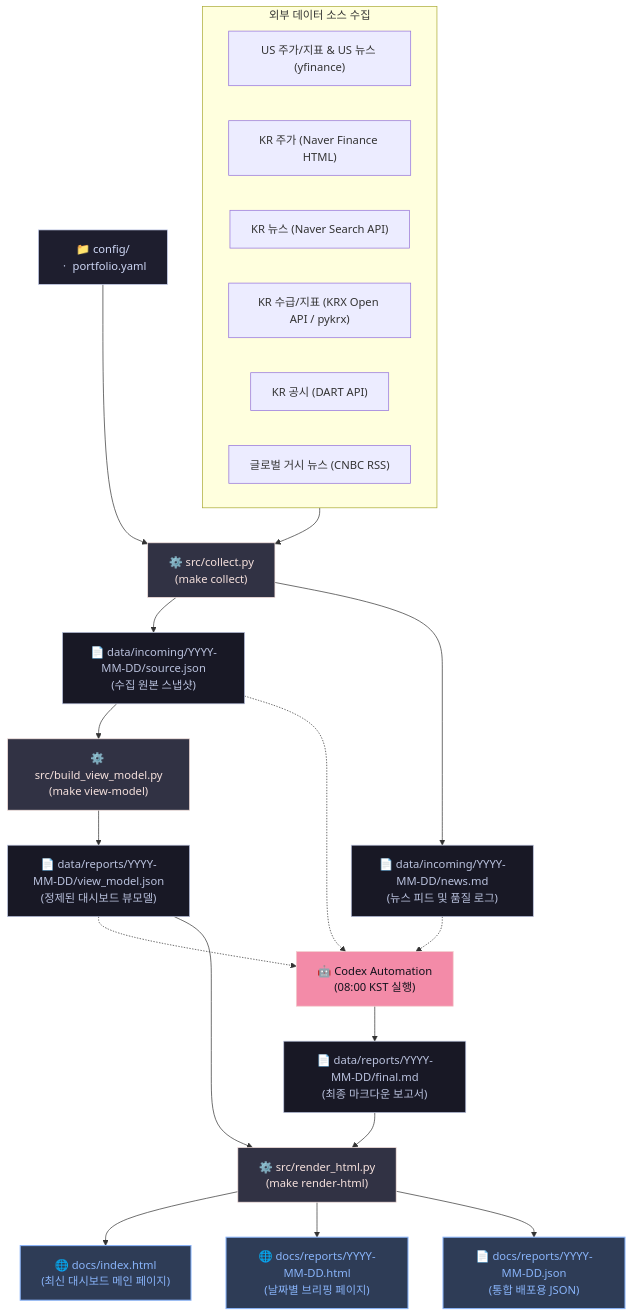
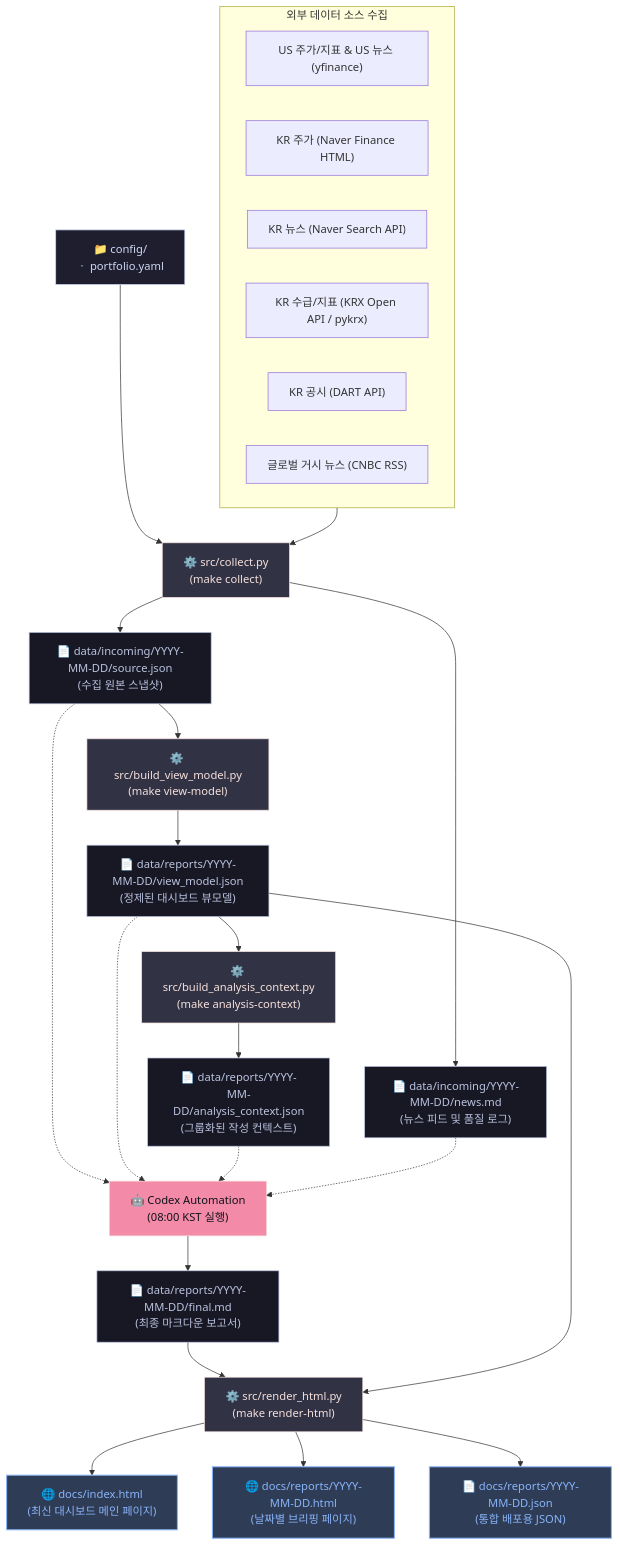
One commit to konslie/KSS changed the diagram in README_KO.md. Above: the diagram before and after it, drawn with Mermaid. The commit also changed other lines of this file and 3 other files, not shown here.

````diff
--- a/README_KO.md
+++ b/README_KO.md
@@ -7,57 +7,62 @@
 ```mermaid
 graph TD
     %% 스타일 정의
     classDef config fill:#1e1e2e,stroke:#cdd6f4,stroke-width:1px,color:#cdd6f4;
     classDef script fill:#313244,stroke:#f5e0dc,stroke-width:1px,color:#f5e0dc;
     classDef data fill:#181825,stroke:#bac2de,stroke-width:1px,color:#bac2de;
     classDef docs fill:#2e3c56,stroke:#89b4fa,stroke-width:1.5px,color:#89b4fa;
     classDef process fill:#f38ba8,stroke:#f2cdcd,stroke-width:1px,color:#11111b;
 
     %% 노드 정의
     Config["📁 config/<br>ㆍ portfolio.yaml"]:::config
     
     CollectScript["⚙️ src/collect.py<br>(make collect)"]:::script
     SourceJSON["📄 data/incoming/YYYY-MM-DD/source.json<br>(수집 원본 스냅샷)"]:::data
     NewsMD["📄 data/incoming/YYYY-MM-DD/news.md<br>(뉴스 피드 및 품질 로그)"]:::data
 
     VM_Script["⚙️ src/build_view_model.py<br>(make view-model)"]:::script
     ViewModelJSON["📄 data/reports/YYYY-MM-DD/view_model.json<br>(정제된 대시보드 뷰모델)"]:::data
+    AnalysisScript["⚙️ src/build_analysis_context.py<br>(make analysis-context)"]:::script
+    AnalysisJSON["📄 data/reports/YYYY-MM-DD/analysis_context.json<br>(그룹화된 작성 컨텍스트)"]:::data
 
     LLM_Writer["🤖 Codex Automation<br>(08:00 KST 실행)"]:::process
     FinalMD["📄 data/reports/YYYY-MM-DD/final.md<br>(최종 마크다운 보고서)"]:::data
 
     RenderScript["⚙️ src/render_html.py<br>(make render-html)"]:::script
     IndexHTML["🌐 docs/index.html<br>(최신 대시보드 메인 페이지)"]:::docs
     ReportHTML["🌐 docs/reports/YYYY-MM-DD.html<br>(날짜별 브리핑 페이지)"]:::docs
     ReportJSON["📄 docs/reports/YYYY-MM-DD.json<br>(통합 배포용 JSON)"]:::docs
 
     %% 외부 데이터 소스
     subgraph ExternalSources [외부 데이터 소스 수집]
         YahooFinance["US 주가/지표 & US 뉴스 (yfinance)"]
         NaverFinance["KR 주가 (Naver Finance HTML)"]
         NaverNews["KR 뉴스 (Naver Search API)"]
         KRX_API["KR 수급/지표 (KRX Open API / pykrx)"]
         DART_API["KR 공시 (DART API)"]
         CNBC_RSS["글로벌 거시 뉴스 (CNBC RSS)"]
     end
 
     %% 연결 관계
     Config --> CollectScript
     ExternalSources --> CollectScript
     CollectScript --> SourceJSON
     CollectScript --> NewsMD
 
     SourceJSON --> VM_Script
     VM_Script --> ViewModelJSON
+    ViewModelJSON --> AnalysisScript
+    AnalysisScript --> AnalysisJSON
 
     SourceJSON -.-> LLM_Writer
     ViewModelJSON -.-> LLM_Writer
+    AnalysisJSON -.-> LLM_Writer
     NewsMD -.-> LLM_Writer
     LLM_Writer --> FinalMD
 
     FinalMD --> RenderScript
     ViewModelJSON --> RenderScript
     RenderScript --> IndexHTML
     RenderScript --> ReportHTML
     RenderScript --> ReportJSON
 ```
````
